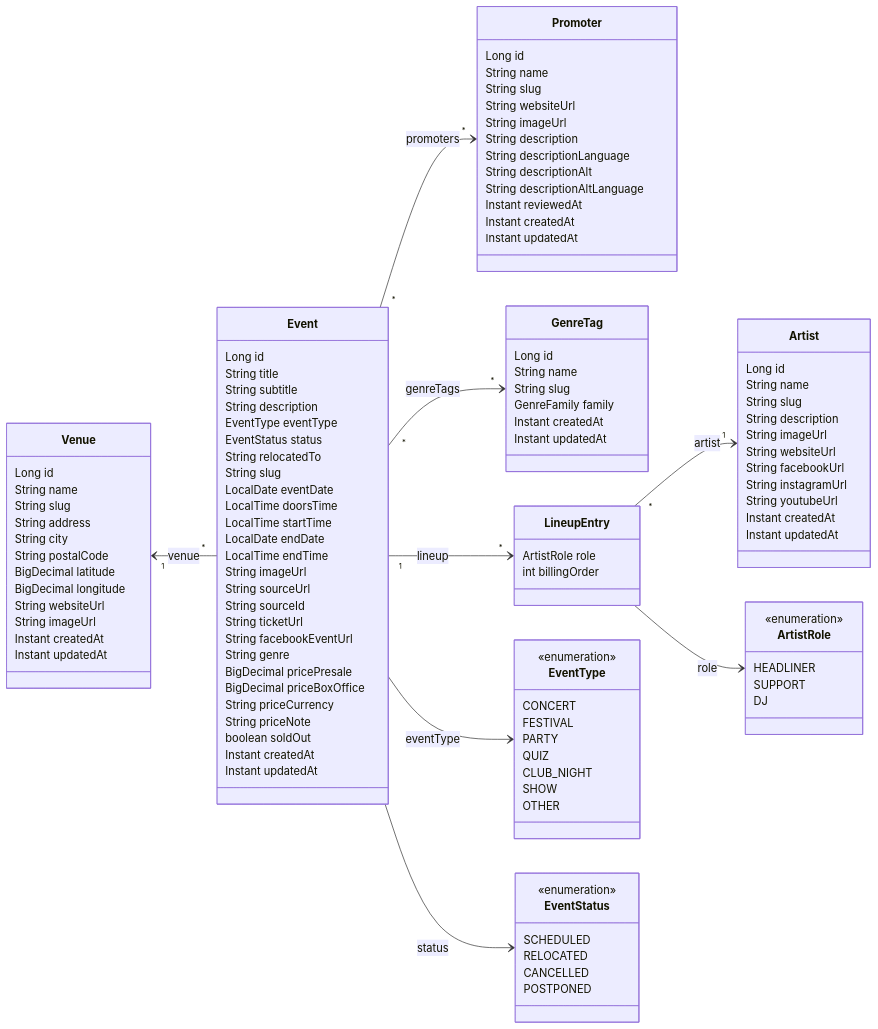
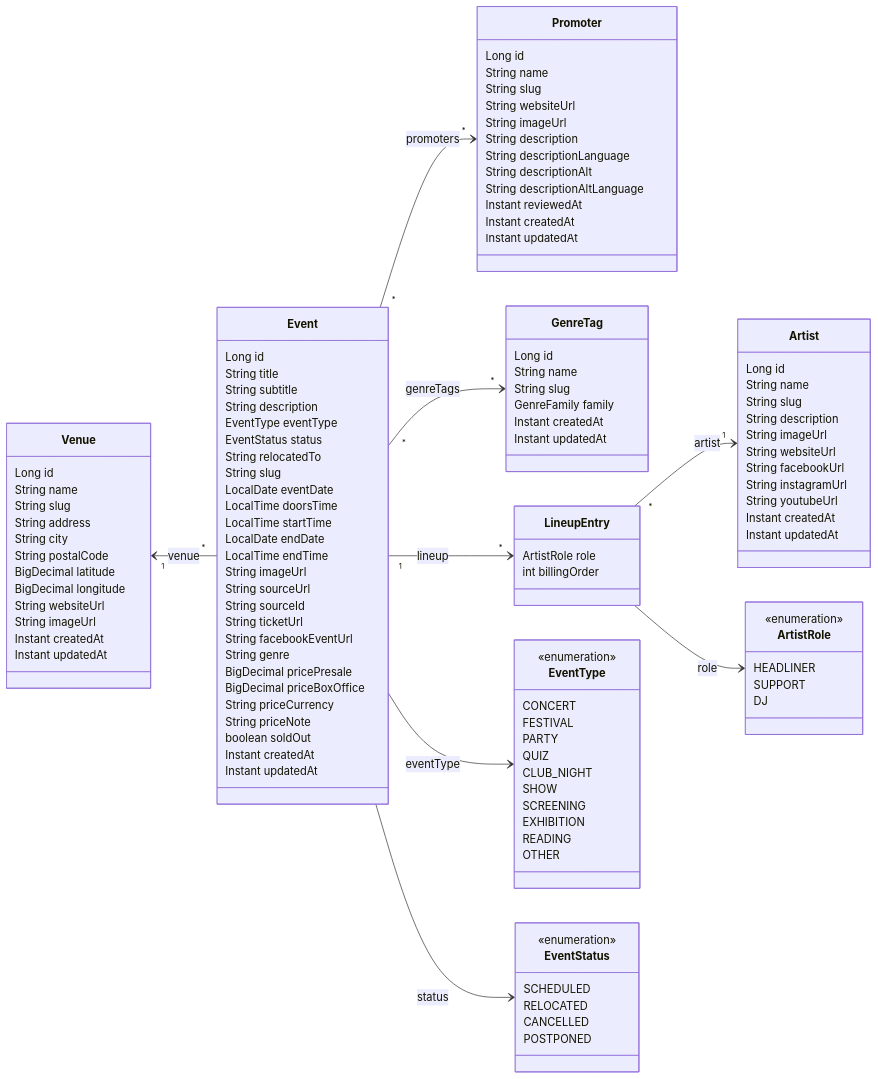
The diagram in docs/DATA_MODEL.md (enorm-labs/event-junkie), drawn with Mermaid before and after one commit.

Commit message:
docs: add the three missing EventType members to the class diagram
Event.kt declares ten values; the diagram was missing SCREENING, EXHIBITION
and READING. EVENT_SCOPE.md already documents ten.

```diff
--- a/docs/DATA_MODEL.md
+++ b/docs/DATA_MODEL.md
@@ -116,6 +116,9 @@
         QUIZ
         CLUB_NIGHT
         SHOW
+        SCREENING
+        EXHIBITION
+        READING
         OTHER
     }
 
```
